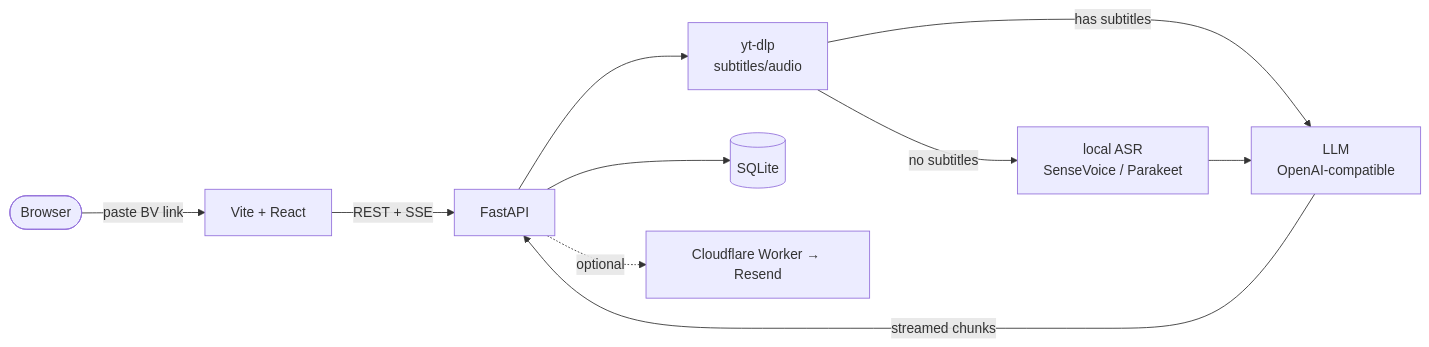
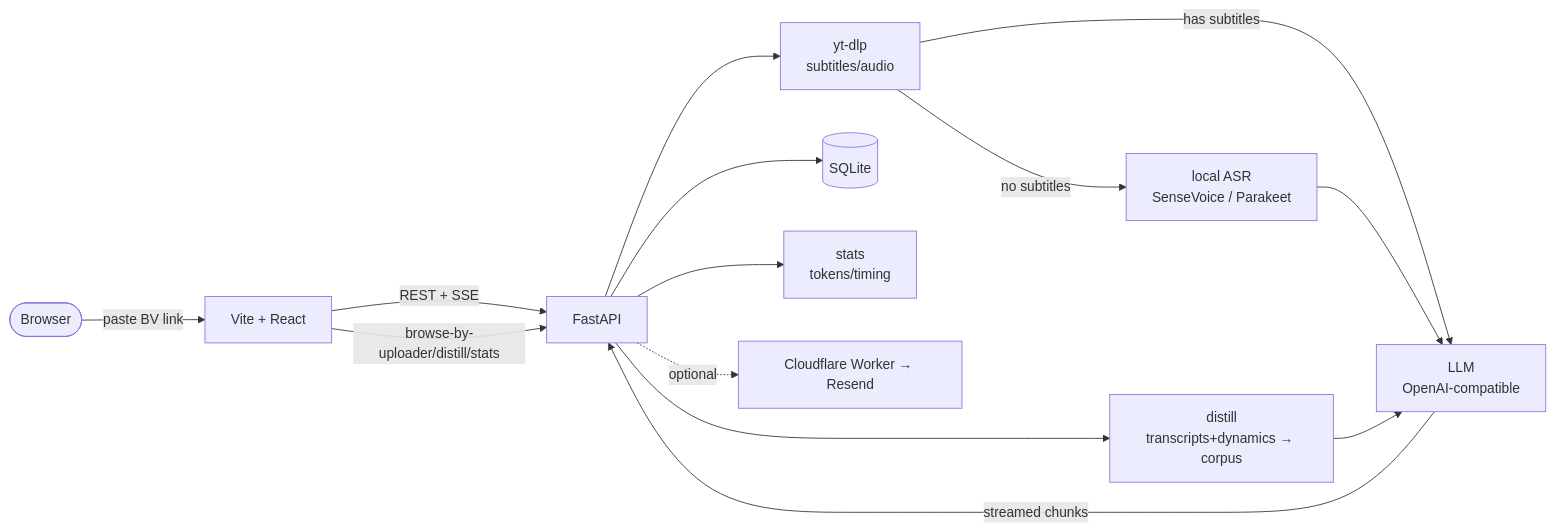
Before and after one commit to BazingaOrg/biri-youyaku: the diagram in README.en.md, drawn with Mermaid. The commit also changed other lines of this file and 3 other files, not shown here.

````diff
--- a/README.en.md
+++ b/README.en.md
@@ -106,12 +110,16 @@
 ```mermaid
 flowchart LR
     user([Browser]) -->|paste BV link| web[Vite + React]
     web -->|REST + SSE| api[FastAPI]
+    web -->|browse-by-uploader/distill/stats| api
     api --> ytdlp[yt-dlp<br/>subtitles/audio]
     ytdlp -->|has subtitles| llm
     ytdlp -->|no subtitles| asr[local ASR<br/>SenseVoice / Parakeet]
     asr --> llm[LLM<br/>OpenAI-compatible]
+    api --> distill[distill<br/>transcripts+dynamics → corpus]
+    distill --> llm
     llm -->|streamed chunks| api
     api --> db[(SQLite)]
+    api --> stats[stats<br/>tokens/timing]
     api -. optional .-> mail[Cloudflare Worker → Resend]
 ```
````
